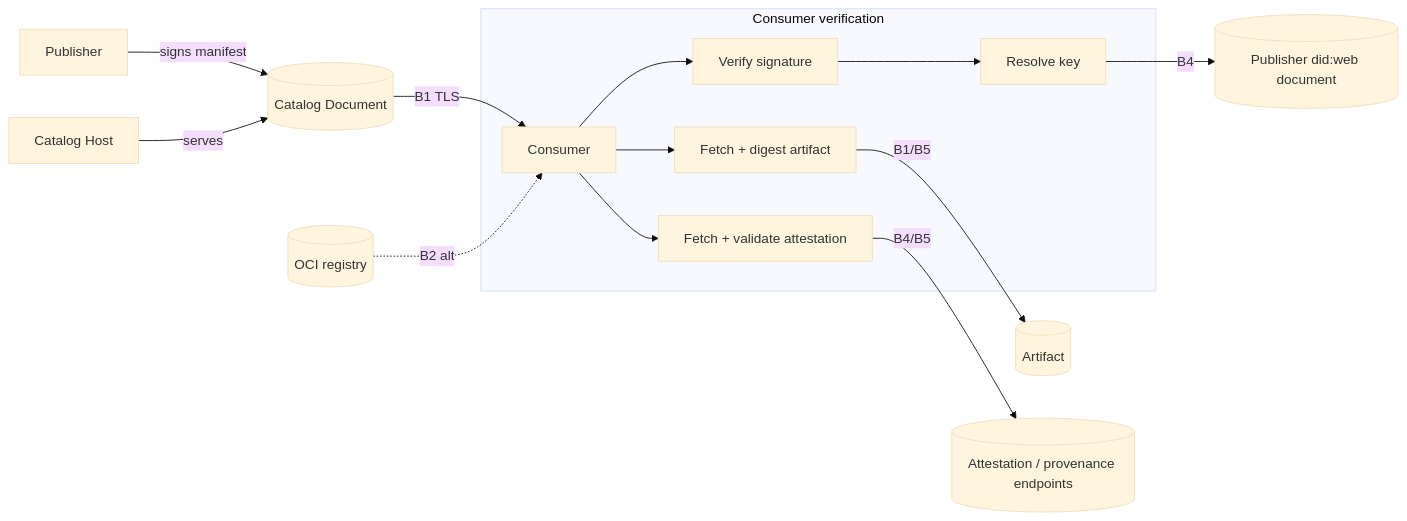
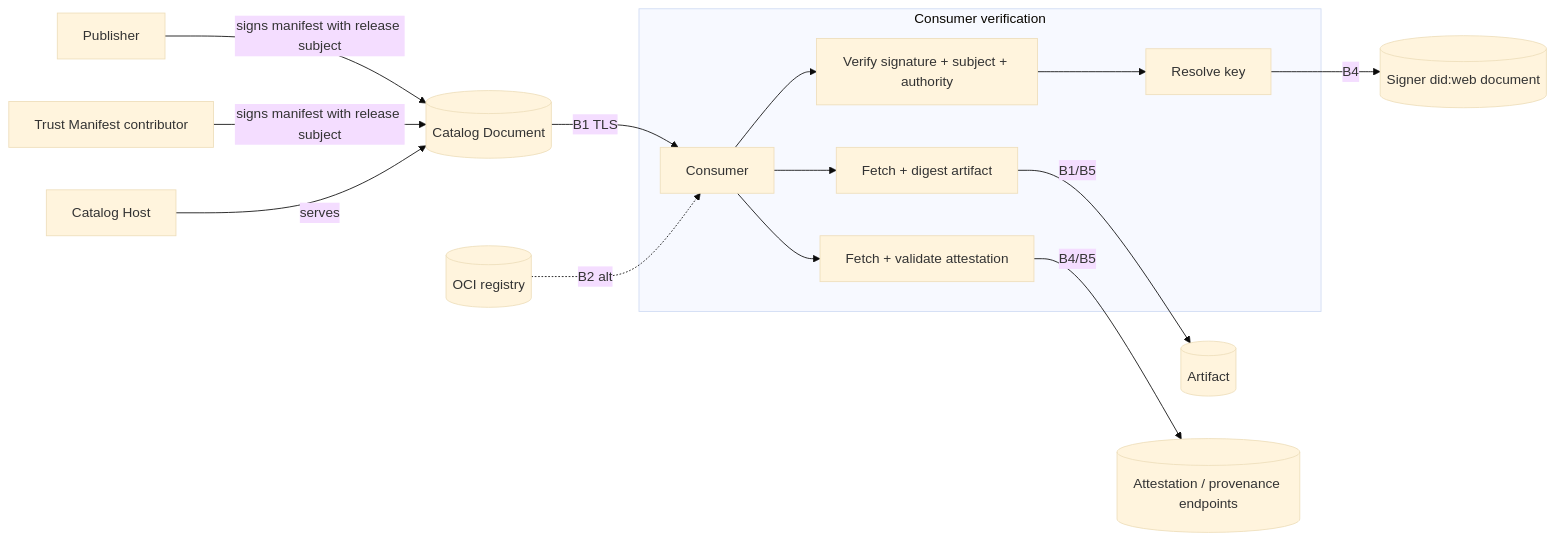
One commit to Agent-Card/ai-catalog changed the diagram in specification/trust-manifest-threat-model.md. Above: the diagram before and after it, drawn with Mermaid (base theme). The commit also changed other lines of this file and 18 other files, not shown here.

First line of the commit message:
Support independent Trust Manifest contributions

````diff
--- a/specification/trust-manifest-threat-model.md
+++ b/specification/trust-manifest-threat-model.md
@@ -81,16 +89,17 @@
 ```mermaid
 flowchart LR
-    Pub[Publisher] -->|signs manifest| Cat[(Catalog Document)]
+    Pub[Publisher] -->|signs manifest with release subject| Cat[(Catalog Document)]
+    Contributor[Trust Manifest contributor] -->|signs manifest with release subject| Cat
     Host[Catalog Host] -->|serves| Cat
     Cat -->|B1 TLS| Cons[Consumer]
     subgraph Consumer verification
-        Cons --> Ver[Verify signature]
+        Cons --> Ver[Verify signature + subject + authority]
         Ver --> KeyRes[Resolve key]
         Cons --> ArtFetch[Fetch + digest artifact]
         Cons --> AttFetch[Fetch + validate attestation]
     end
-    KeyRes -->|B4| KeyEP[(Publisher did:web document)]
+    KeyRes -->|B4| KeyEP[(Signer did:web document)]
     ArtFetch -->|B1/B5| Art[(Artifact)]
     AttFetch -->|B4/B5| AttEP[(Attestation / provenance endpoints)]
     Reg[(OCI registry)] -. B2 alt .-> Cons
 ```
````
